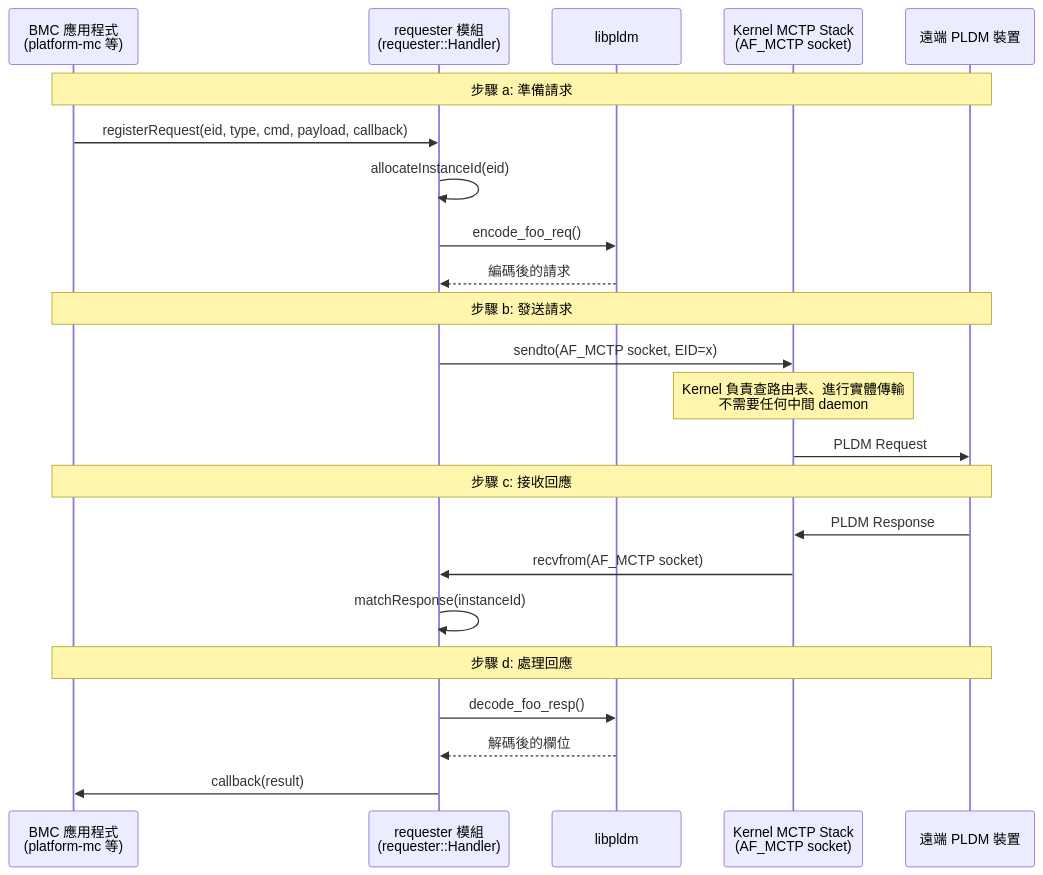
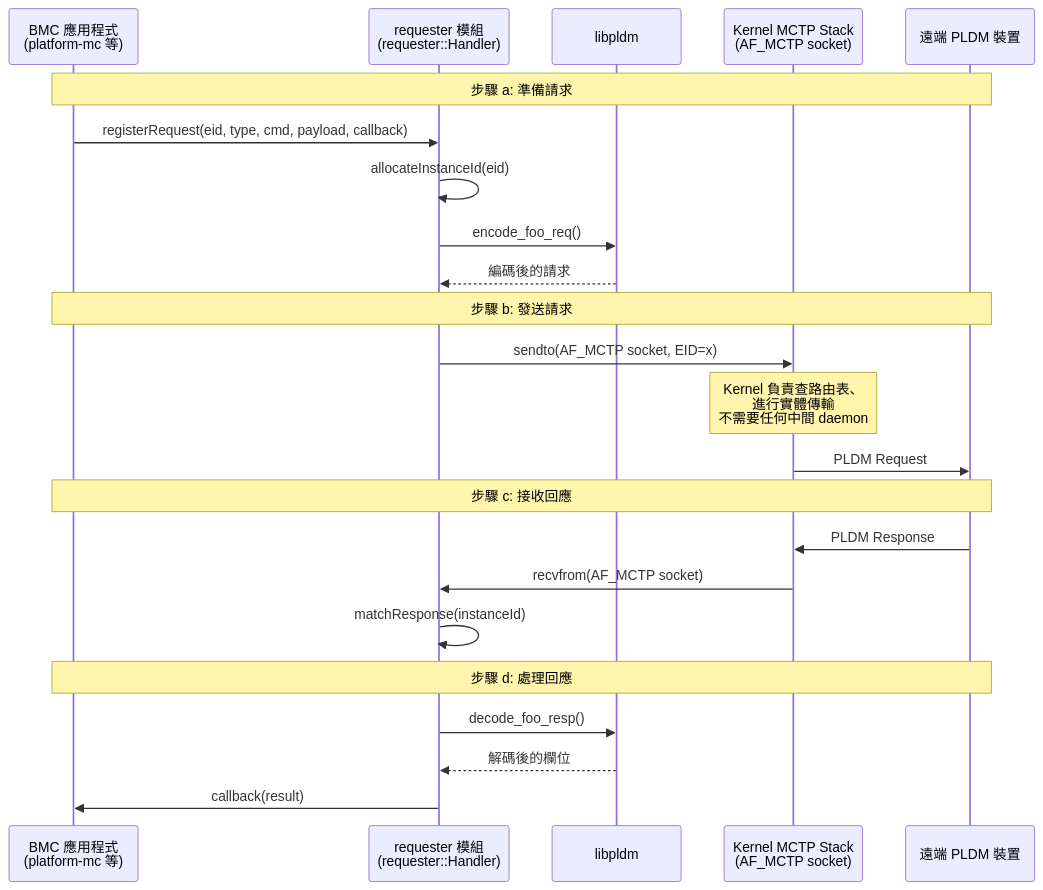
Before and after one commit to chilung-cgu/bmc-firmware-knowledge-base: the second of 5 diagrams in pldm/CodeFlows.md, drawn with Mermaid. The commit also changed other lines of this file and 18 other files, not shown here.

First line of the commit message:
docs(pldm): 批量優化 Mermaid 流程圖排版解決文字截斷問題

````diff
--- a/pldm/CodeFlows.md
+++ b/pldm/CodeFlows.md
@@ -162,29 +162,29 @@
 ```mermaid
 sequenceDiagram
     participant App as BMC 應用程式<br/>(platform-mc 等)
     participant Req as requester 模組<br/>(requester::Handler)
     participant libpldm as libpldm
     participant KernelMCTP as Kernel MCTP Stack<br/>(AF_MCTP socket)
     participant Remote as 遠端 PLDM 裝置
 
     Note over App,Remote: 步驟 a: 準備請求
     App->>Req: registerRequest(eid, type, cmd, payload, callback)
     Req->>Req: allocateInstanceId(eid)
     Req->>libpldm: encode_foo_req()
     libpldm-->>Req: 編碼後的請求
 
     Note over App,Remote: 步驟 b: 發送請求
     Req->>KernelMCTP: sendto(AF_MCTP socket, EID=x)
-    Note over KernelMCTP: Kernel 負責查路由表、進行實體傳輸<br/>不需要任何中間 daemon
+    Note over KernelMCTP: Kernel 負責查路由表、<br>進行實體傳輸<br/>不需要任何中間 daemon
     KernelMCTP->>Remote: PLDM Request
 
     Note over App,Remote: 步驟 c: 接收回應
     Remote->>KernelMCTP: PLDM Response
     KernelMCTP->>Req: recvfrom(AF_MCTP socket)
     Req->>Req: matchResponse(instanceId)
 
     Note over App,Remote: 步驟 d: 處理回應
     Req->>libpldm: decode_foo_resp()
     libpldm-->>Req: 解碼後的欄位
     Req->>App: callback(result)
 ```
````
